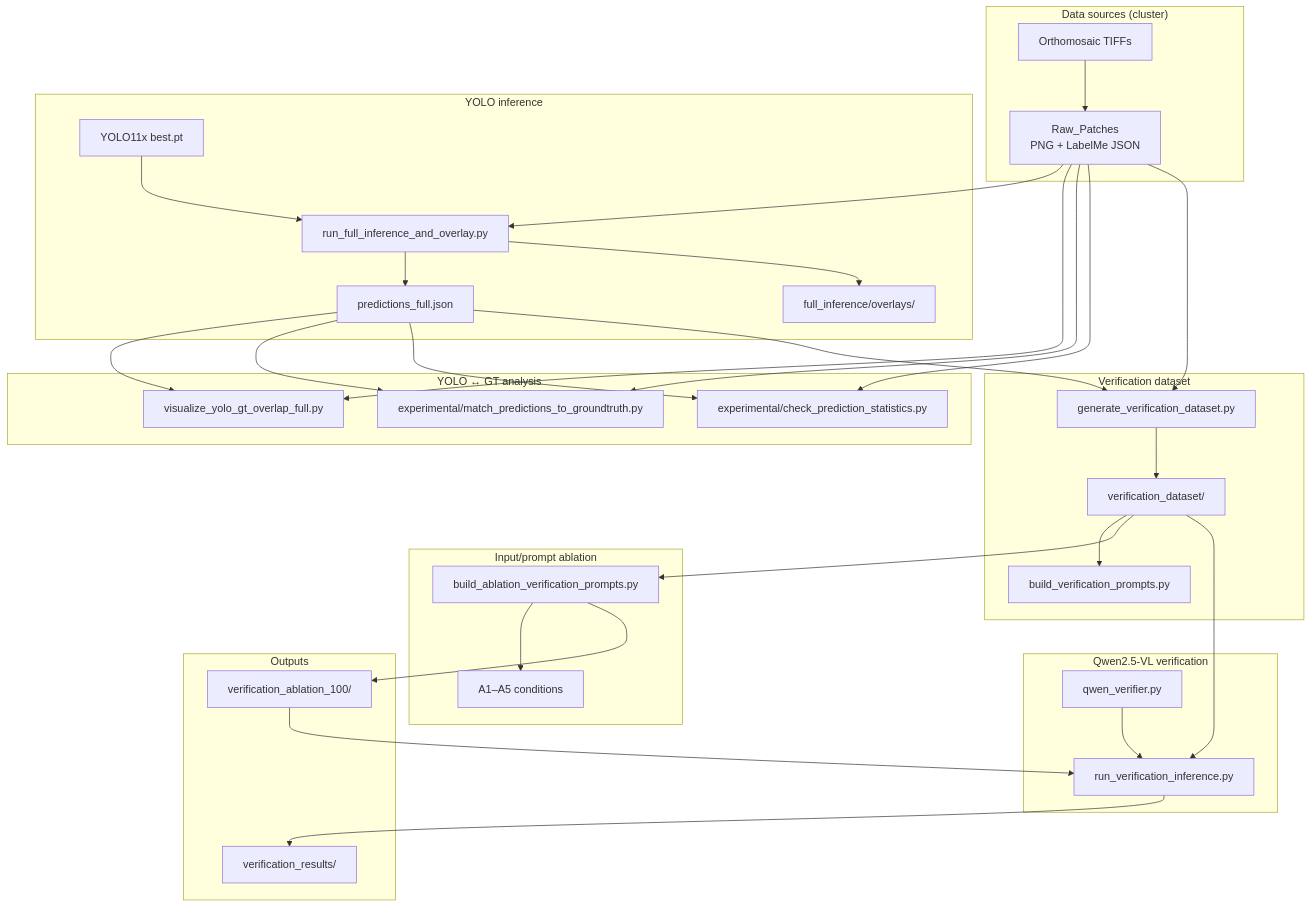
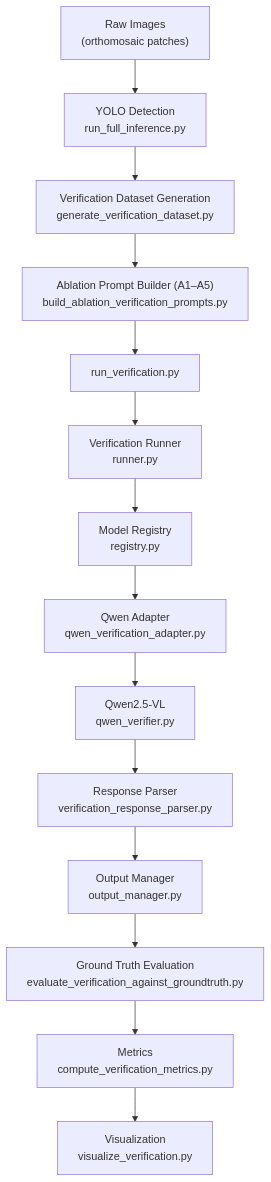
The diagram in README.md (AnnieZX/wild-palm-lvm-verification), drawn with Mermaid before and after one commit. The commit also changed other lines of this file, not shown here.

````diff
--- a/README.md
+++ b/README.md
@@ -36,65 +35,31 @@
 ```mermaid
 flowchart TB
-    subgraph Sources["Data sources (cluster)"]
-        OM["Orthomosaic TIFFs"]
-        RP["Raw_Patches<br/>PNG + LabelMe JSON"]
-    end
+    RAW["Raw Images<br/>(orthomosaic patches)"]
+    YOLO["YOLO Detection<br/>run_full_inference.py"]
+    DS["Verification Dataset Generation<br/>generate_verification_dataset.py"]
+    ABL["Ablation Prompt Builder (A1–A5)<br/>build_ablation_verification_prompts.py"]
+    CLI["run_verification.py"]
+    RUN["Verification Runner<br/>runner.py"]
+    REG["Model Registry<br/>registry.py"]
+    ADP["Qwen Adapter<br/>qwen_verification_adapter.py"]
+    VLM["Qwen2.5-VL<br/>qwen_verifier.py"]
+    PAR["Response Parser<br/>verification_response_parser.py"]
+    OUT["Output Manager<br/>output_manager.py"]
+    EVAL["Ground Truth Evaluation<br/>evaluate_verification_against_groundtruth.py"]
+    MET["Metrics<br/>compute_verification_metrics.py"]
+    VIZ["Visualization<br/>visualize_verification.py"]
 
-    subgraph YOLO["YOLO inference"]
-        YM["YOLO11x best.pt"]
-        INF["run_full_inference_and_overlay.py"]
-        PJ["predictions_full.json"]
-        YOV["full_inference/overlays/"]
-    end
-
-    subgraph QA["YOLO ↔ GT analysis"]
-        OVL["visualize_yolo_gt_overlap_full.py"]
-        MAT["experimental/match_predictions_to_groundtruth.py"]
-        STA["experimental/check_prediction_statistics.py"]
-    end
-
-    subgraph Prep["Verification dataset"]
-        GEN["generate_verification_dataset.py"]
-        PRM["build_verification_prompts.py"]
-        VD["verification_dataset/"]
-    end
-
-    subgraph Abl["Input/prompt ablation"]
-        ABLB["build_ablation_verification_prompts.py"]
-        A1["A1–A5 conditions"]
-    end
-
-    subgraph LVM["Qwen2.5-VL verification"]
-        QW["qwen_verifier.py"]
-        RUN["run_verification_inference.py"]
-    end
-
-    subgraph Out["Outputs"]
-        RES["verification_results/"]
-        ABLR["verification_ablation_100/"]
-    end
-
-    OM --> RP
-    RP --> INF
-    YM --> INF
-    INF --> PJ
-    INF --> YOV
-    RP --> OVL
-    PJ --> OVL
-    RP --> MAT
-    PJ --> MAT
-    RP --> STA
-    PJ --> STA
-
-    PJ --> GEN
-    RP --> GEN
-    GEN --> VD
-    VD --> PRM
-    VD --> ABLB
-    ABLB --> A1
-    ABLB --> ABLR
-    VD --> RUN
-    ABLR --> RUN
-    QW --> RUN
-    RUN --> RES
+    RAW --> YOLO
+    YOLO --> DS
+    DS --> ABL
+    ABL --> CLI
+    CLI --> RUN
+    RUN --> REG
+    REG --> ADP
+    ADP --> VLM
+    VLM --> PAR
+    PAR --> OUT
+    OUT --> EVAL
+    EVAL --> MET
+    MET --> VIZ
 ```
````
